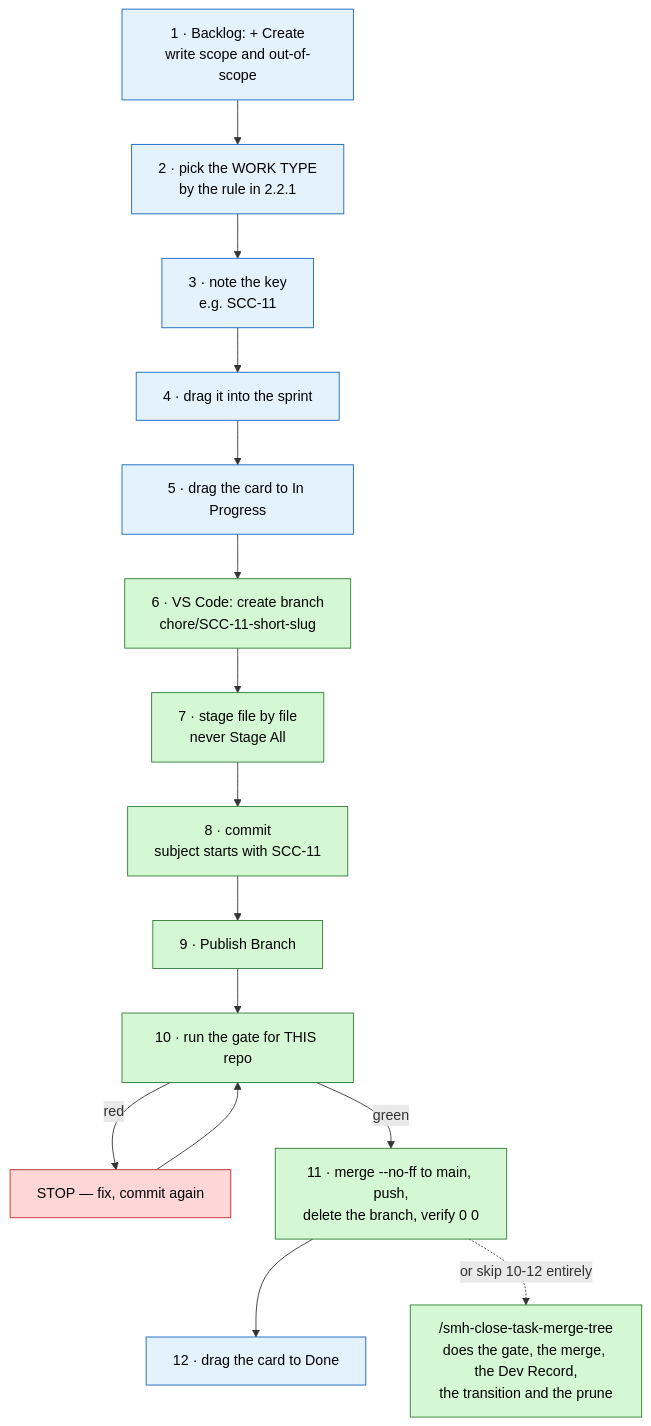
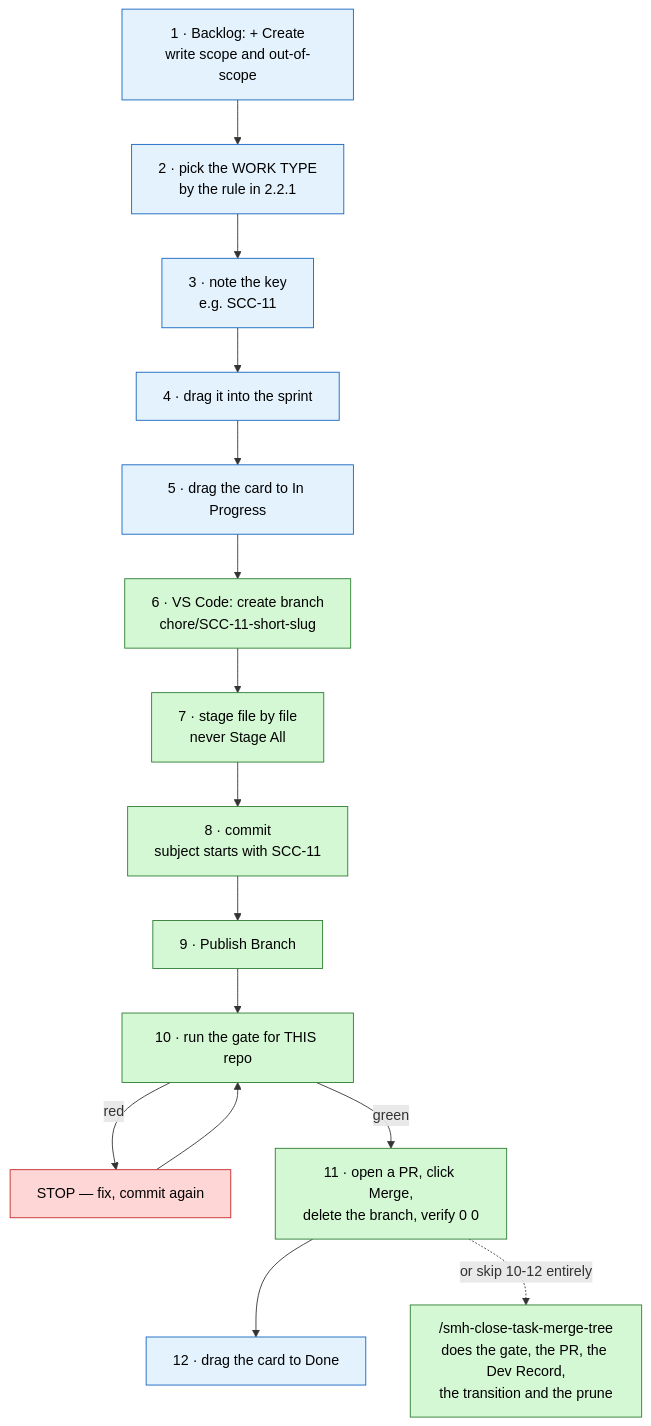
One commit to sudomadhatter/Sudo_Hatter_Command changed the fifth of 5 diagrams in docs/_scc_sops_prds/jira_manual.md. Above: the diagram before and after it, drawn with Mermaid. The commit also changed other lines of this file and 16 other files, not shown here.

````diff
--- a/docs/_scc_sops_prds/jira_manual.md
+++ b/docs/_scc_sops_prds/jira_manual.md
@@ -530,24 +530,24 @@
 ```mermaid
 flowchart TD
     A["1 · Backlog: + Create\nwrite scope and out-of-scope"] --> A2["2 · pick the WORK TYPE\nby the rule in 2.2.1"]
     A2 --> B["3 · note the key\ne.g. SCC-11"]
     B --> C["4 · drag it into the sprint"]
     C --> D["5 · drag the card to In Progress"]
     D --> E["6 · VS Code: create branch\nchore/SCC-11-short-slug"]
     E --> F["7 · stage file by file\nnever Stage All"]
     F --> G["8 · commit\nsubject starts with SCC-11"]
     G --> H["9 · Publish Branch"]
     H --> I["10 · run the gate for THIS repo"]
     I -->|"red"| J["STOP — fix, commit again"]
     J --> I
-    I -->|"green"| K["11 · merge --no-ff to main, push,\ndelete the branch, verify 0 0"]
+    I -->|"green"| K["11 · open a PR, click Merge,\ndelete the branch, verify 0 0"]
     K --> L["12 · drag the card to Done"]
-    K -.->|"or skip 10-12 entirely"| CMD["/smh-close-task-merge-tree\ndoes the gate, the merge, the Dev Record,\nthe transition and the prune"]
+    K -.->|"or skip 10-12 entirely"| CMD["/smh-close-task-merge-tree\ndoes the gate, the PR, the Dev Record,\nthe transition and the prune"]
 
     classDef mine fill:#e3f2fd,stroke:#1565c0,color:#000
     classDef good fill:#d4f7d4,stroke:#2e7d32,color:#000
     classDef bad fill:#ffd6d6,stroke:#c62828,color:#000
     class A,A2,B,C,D,L mine
     class E,F,G,H,I,K,CMD good
     class J bad
 ```
````
